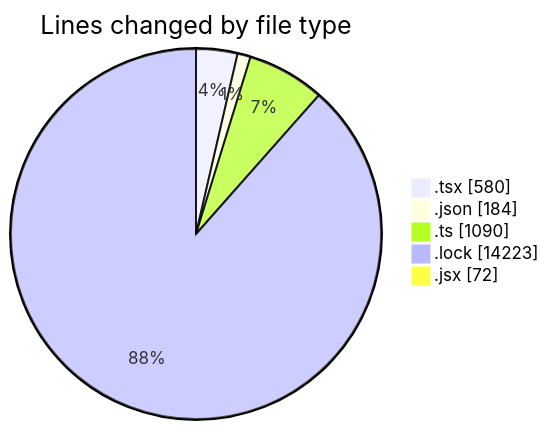
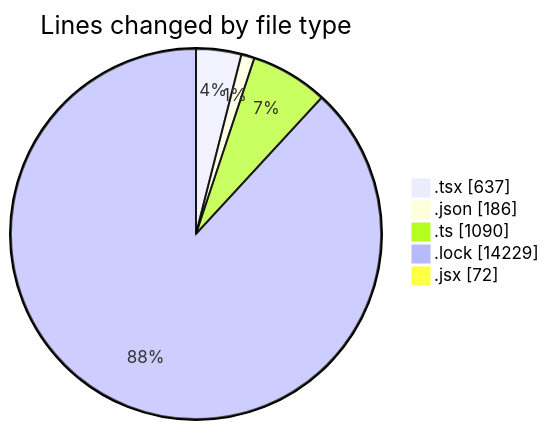
One commit to momahboobian/code-tracking changed the first of 2 diagrams in 2025-05-12/cda/README.md. Above: the diagram before and after it, drawn with Mermaid. The commit also changed other lines of this file and 1 other file, not shown here.

````diff
--- a/2025-05-12/cda/README.md
+++ b/2025-05-12/cda/README.md
@@ -34,9 +34,9 @@
 ```mermaid
 pie showData
 title Lines changed by file type
-".tsx" : 580
-".json" : 184
+".tsx" : 637
+".json" : 186
 ".ts" : 1090
-".lock" : 14223
+".lock" : 14229
 ".jsx" : 72
 ```
````
